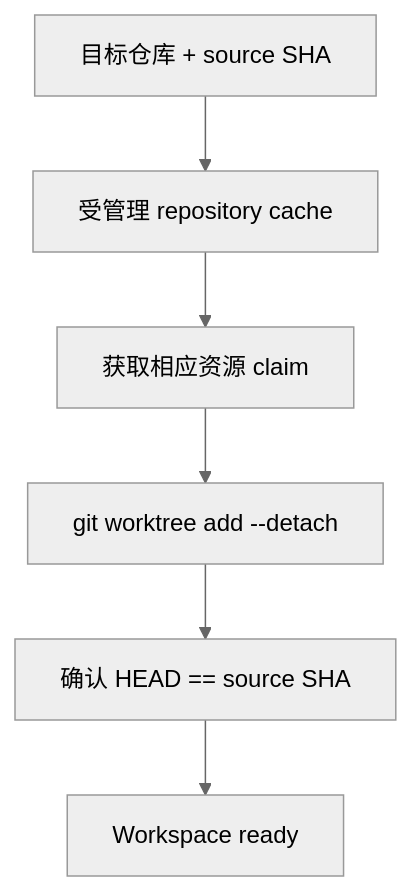
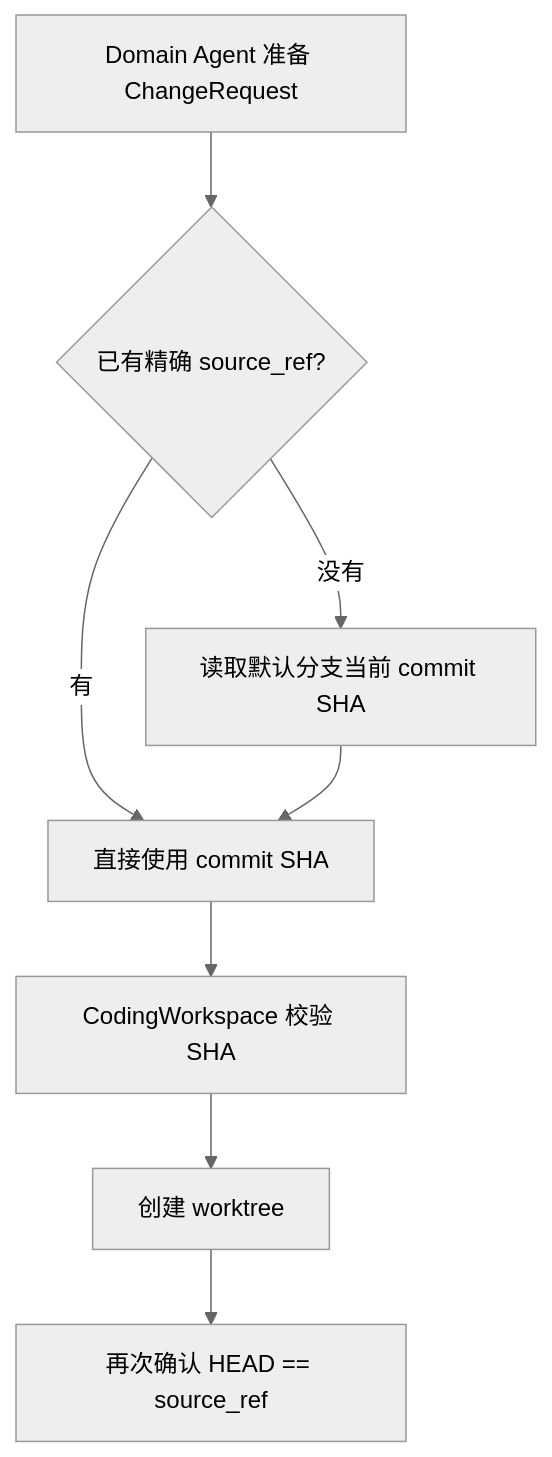
One commit to Arthur999459up/GitAgent changed the second of 11 diagrams in docs/07-coding-workspace-and-verification.md. Above: the diagram before and after it, drawn with Mermaid (neutral theme). The commit also changed other lines of this file and 3 other files, not shown here.

````diff
--- a/docs/07-coding-workspace-and-verification.md
+++ b/docs/07-coding-workspace-and-verification.md
@@ -56,8 +58,10 @@
 ```mermaid
 flowchart TD
-    R[目标仓库 + source SHA] --> C[受管理 repository cache]
-    C --> L[获取相应资源 claim]
-    L --> W[git worktree add --detach]
-    W --> S[确认 HEAD == source SHA]
-    S --> READY[Workspace ready]
+    A[Domain Agent 准备 ChangeRequest] --> B{已有精确 source_ref?}
+    B -->|有| C[直接使用 commit SHA]
+    B -->|没有| D[读取默认分支当前 commit SHA]
+    D --> C
+    C --> E[CodingWorkspace 校验 SHA]
+    E --> F[创建 worktree]
+    F --> G[再次确认 HEAD == source_ref]
 ```
````
